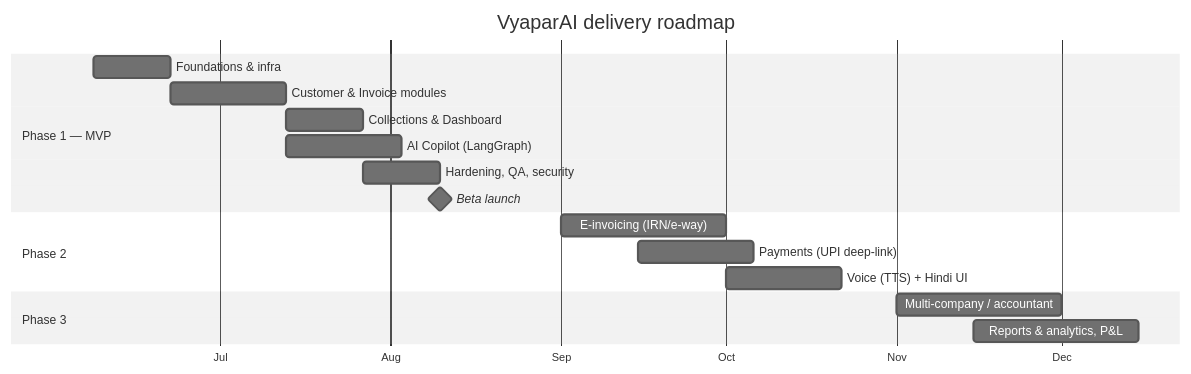
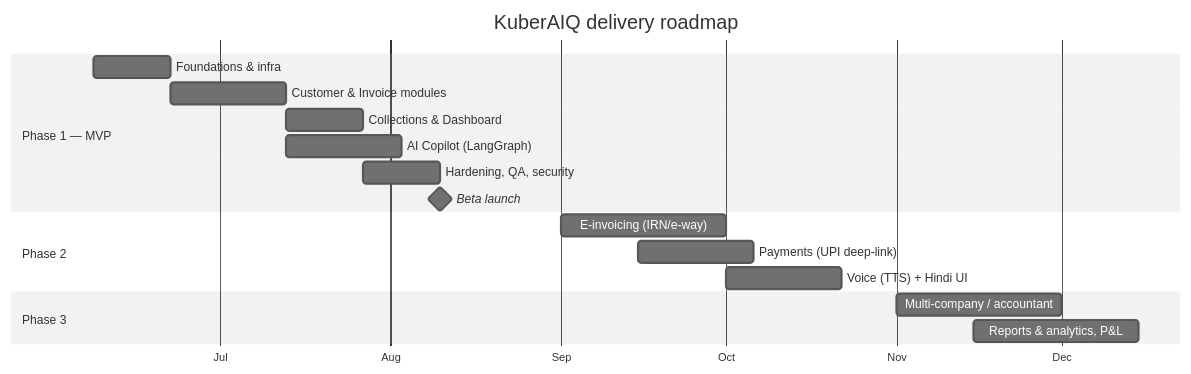
One commit to VinayKDH/KuberAIQ changed the first of 2 diagrams in docs/14-development-roadmap.md. Above: the diagram before and after it, drawn with Mermaid (neutral theme). The commit also changed 287 other files, not shown here.

First line of the commit message:
Rebrand to KuberAIQ and ship production Azure deployment.

````diff
--- a/docs/14-development-roadmap.md
+++ b/docs/14-development-roadmap.md
@@ -5,20 +5,20 @@
 ```mermaid
 gantt
-    title VyaparAI delivery roadmap
+    title KuberAIQ delivery roadmap
     dateFormat  YYYY-MM-DD
     axisFormat  %b
     section Phase 1 — MVP
     Foundations & infra           :p1, 2026-06-08, 14d
     Customer & Invoice modules    :p2, after p1, 21d
     Collections & Dashboard       :p3, after p2, 14d
     AI Copilot (LangGraph)        :p4, after p2, 21d
     Hardening, QA, security       :p5, after p3, 14d
     Beta launch                   :milestone, after p5, 0d
     section Phase 2
     E-invoicing (IRN/e-way)       :2026-09-01, 30d
     Payments (UPI deep-link)      :2026-09-15, 21d
     Voice (TTS) + Hindi UI        :2026-10-01, 21d
     section Phase 3
     Multi-company / accountant    :2026-11-01, 30d
     Reports & analytics, P&L      :2026-11-15, 30d
 ```
````
